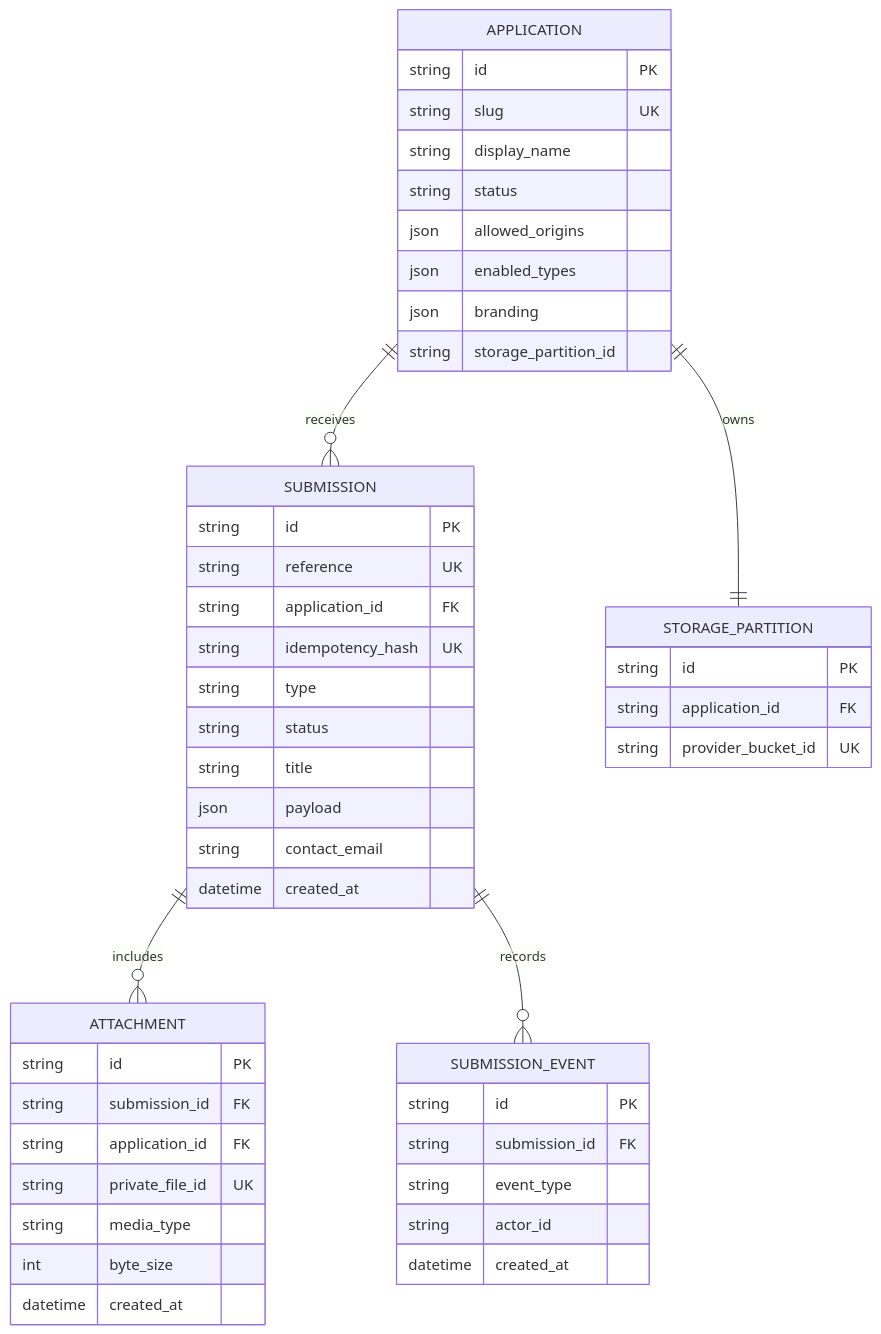
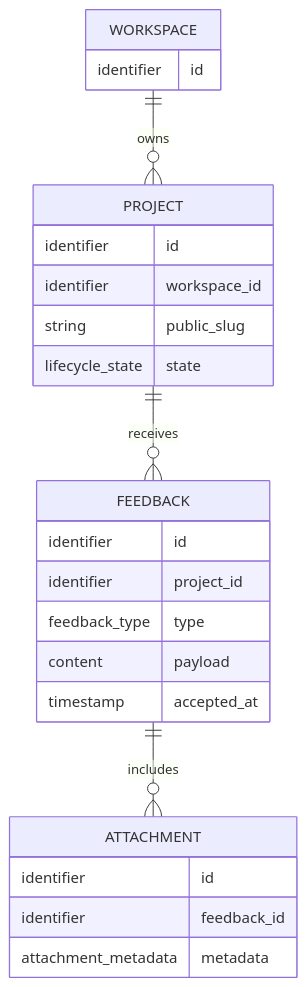
The fourth of 4 diagrams in docs/05_MODELING.md (Y4NN777/y7-feedback-mngt-system), drawn with Mermaid before and after one commit. The commit also changed other lines of this file and 5 other files, not shown here.

````diff
--- a/docs/05_MODELING.md
+++ b/docs/05_MODELING.md
@@ -147,55 +93,28 @@
 ```mermaid
 erDiagram
-  APPLICATION ||--o{ SUBMISSION : receives
-  APPLICATION ||--|| STORAGE_PARTITION : owns
-  SUBMISSION ||--o{ ATTACHMENT : includes
-  SUBMISSION ||--o{ SUBMISSION_EVENT : records
+    WORKSPACE ||--o{ PROJECT : owns
+    PROJECT ||--o{ FEEDBACK : receives
+    FEEDBACK ||--o{ ATTACHMENT : includes
 
-  APPLICATION {
-    string id PK
-    string slug UK
-    string display_name
-    string status
-    json allowed_origins
-    json enabled_types
-    json branding
-    string storage_partition_id
-  }
-
-  SUBMISSION {
-    string id PK
-    string reference UK
-    string application_id FK
-    string idempotency_hash UK
-    string type
-    string status
-    string title
-    json payload
-    string contact_email
-    datetime created_at
-  }
-
-  ATTACHMENT {
-    string id PK
-    string submission_id FK
-    string application_id FK
-    string private_file_id UK
-    string media_type
-    int byte_size
-    datetime created_at
-  }
-
-  SUBMISSION_EVENT {
-    string id PK
-    string submission_id FK
-    string event_type
-    string actor_id
-    datetime created_at
-  }
-
-  STORAGE_PARTITION {
-    string id PK
-    string application_id FK
-    string provider_bucket_id UK
-  }
+    WORKSPACE {
+        identifier id
+    }
+    PROJECT {
+        identifier id
+        identifier workspace_id
+        string public_slug
+        lifecycle_state state
+    }
+    FEEDBACK {
+        identifier id
+        identifier project_id
+        feedback_type type
+        content payload
+        timestamp accepted_at
+    }
+    ATTACHMENT {
+        identifier id
+        identifier feedback_id
+        attachment_metadata metadata
+    }
 ```
````
